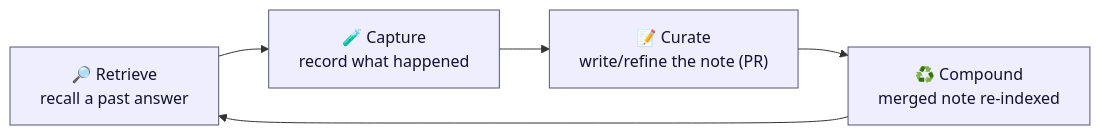
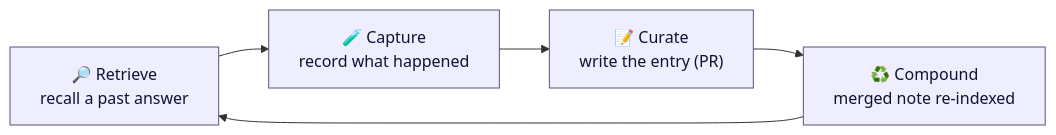
Before and after one commit to Smana/runlore: the second of 2 diagrams in README.md, drawn with Mermaid. The commit also changed other lines of this file, not shown here.

````diff
--- a/README.md
+++ b/README.md
@@ -39,9 +65,9 @@
 ```mermaid
 flowchart LR
     R["🔎 Retrieve<br/>recall a past answer"] --> C["🧪 Capture<br/>record what happened"]
-    C --> U["📝 Curate<br/>write/refine the note (PR)"]
+    C --> U["📝 Curate<br/>write the entry (PR)"]
     U --> P["♻️ Compound<br/>merged note re-indexed"]
     P --> R
     classDef s fill:#eef,stroke:#557,stroke-width:1px,color:#113;
     class R,C,U,P s;
 ```
````
